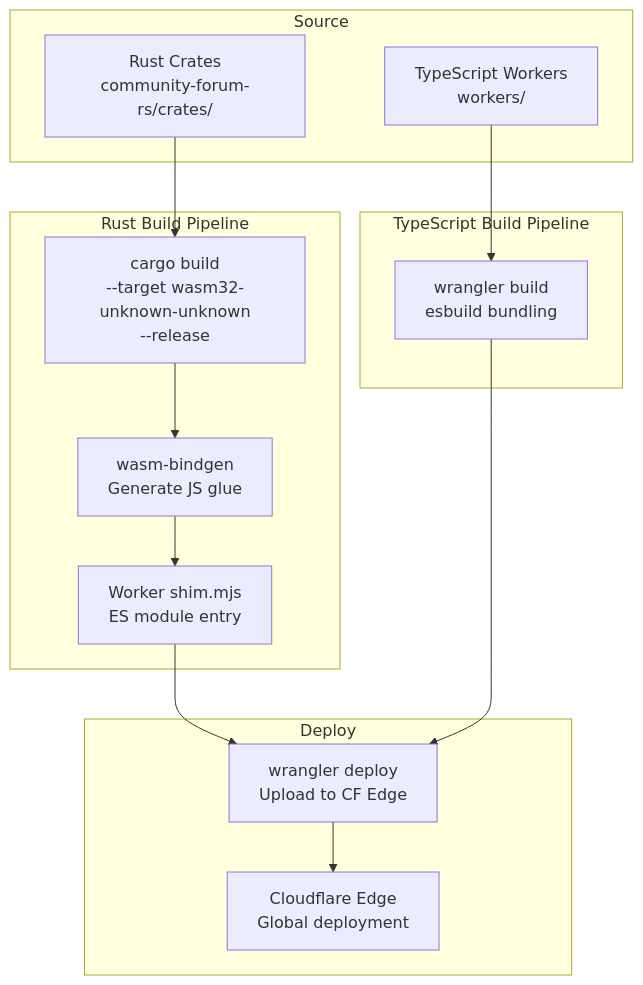
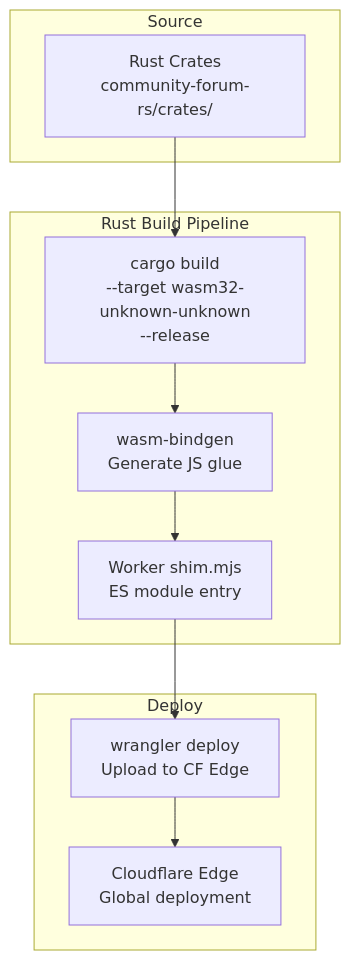
Before and after one commit to DreamLab-AI/dreamlab-ai-website: the first of 2 diagrams in docs/deployment/CLOUDFLARE_WORKERS.md, drawn with Mermaid. The commit also changed other lines of this file and 32 other files, not shown here.

````diff
--- a/docs/deployment/CLOUDFLARE_WORKERS.md
+++ b/docs/deployment/CLOUDFLARE_WORKERS.md
@@ -26,26 +25,20 @@
 ```mermaid
 flowchart TD
     subgraph "Source"
         RUST_SRC[Rust Crates<br/>community-forum-rs/crates/]
-        TS_SRC[TypeScript Workers<br/>workers/]
     end
 
     subgraph "Rust Build Pipeline"
         CARGO[cargo build<br/>--target wasm32-unknown-unknown<br/>--release]
         WASM_BINDGEN[wasm-bindgen<br/>Generate JS glue]
         SHIM[Worker shim.mjs<br/>ES module entry]
     end
 
-    subgraph "TypeScript Build Pipeline"
-        WRANGLER_TS[wrangler build<br/>esbuild bundling]
-    end
-
     subgraph "Deploy"
         WRANGLER_DEPLOY[wrangler deploy<br/>Upload to CF Edge]
         CF_EDGE[Cloudflare Edge<br/>Global deployment]
     end
 
     RUST_SRC --> CARGO --> WASM_BINDGEN --> SHIM --> WRANGLER_DEPLOY
-    TS_SRC --> WRANGLER_TS --> WRANGLER_DEPLOY
     WRANGLER_DEPLOY --> CF_EDGE
 ```
````
